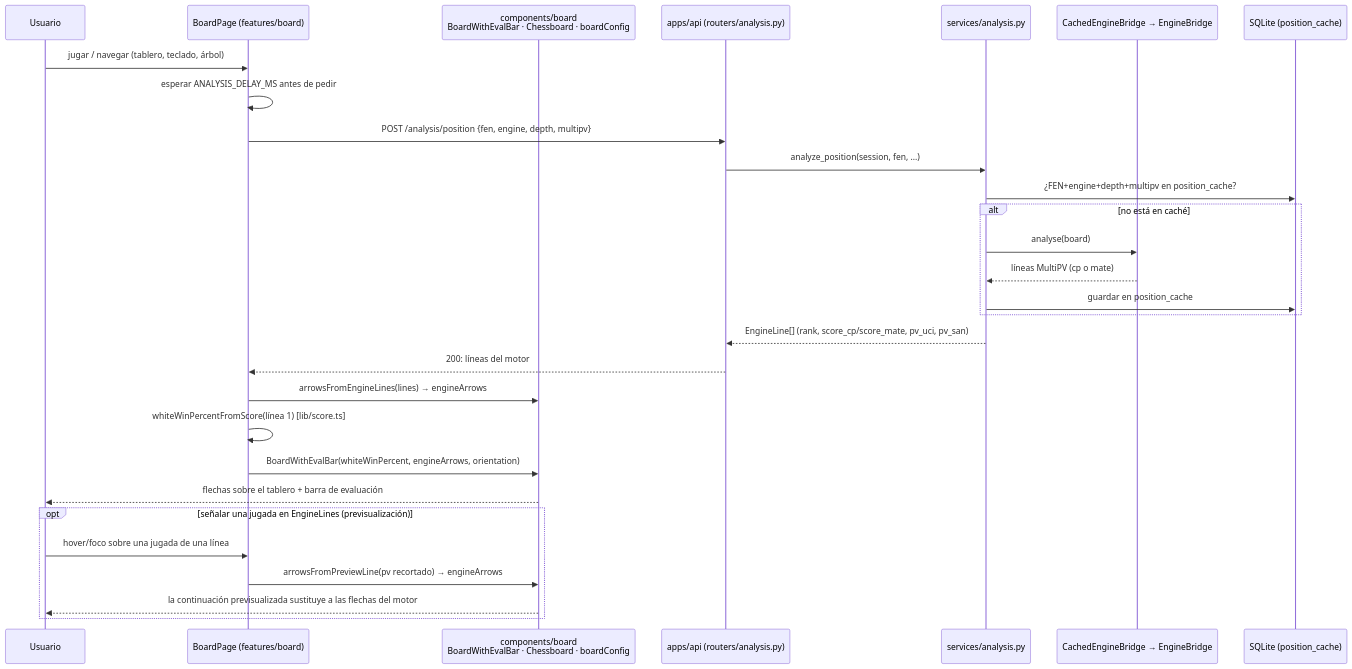
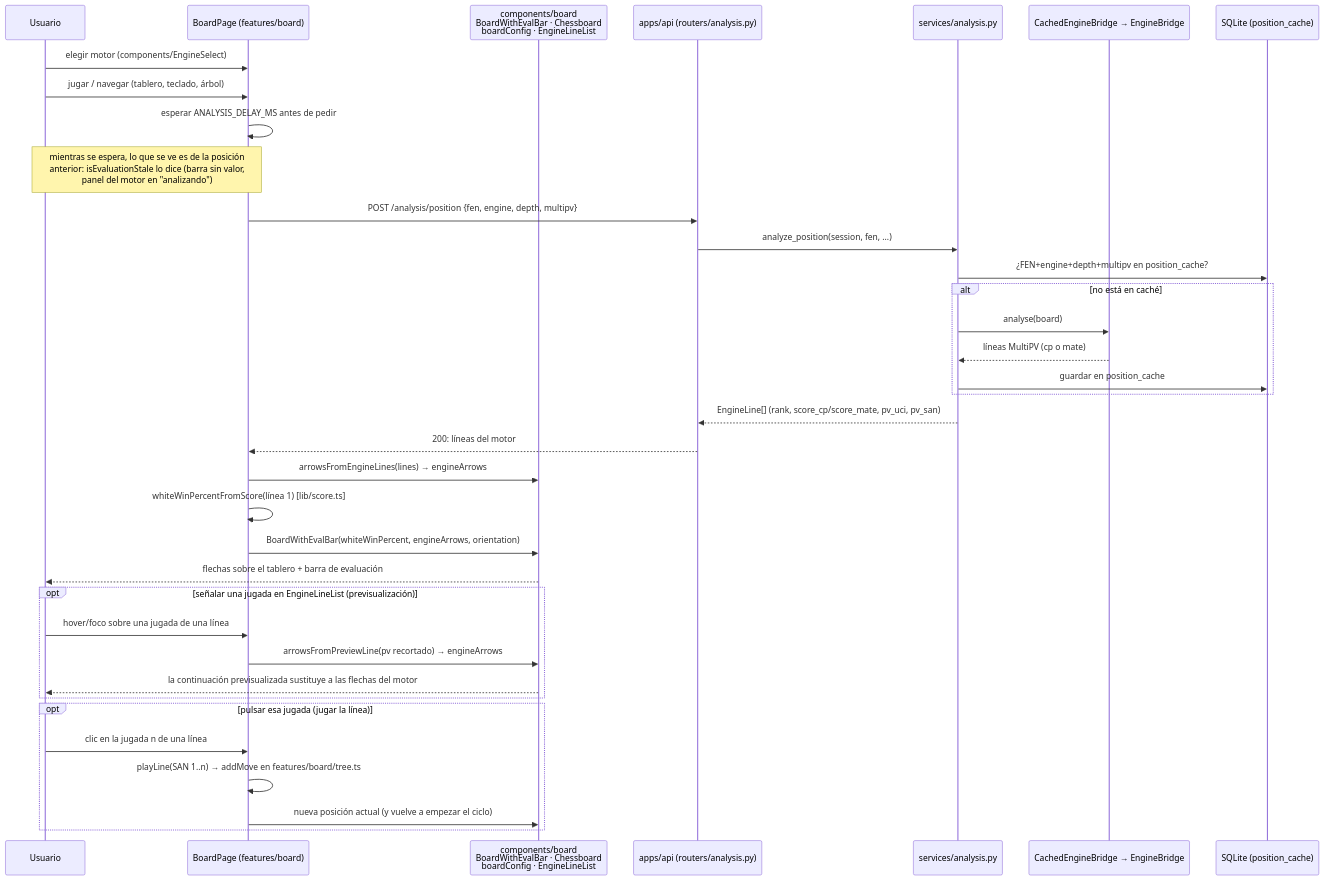
One commit to SirJsus/LUCIA changed the fifth of 6 diagrams in docs/06-mapa-del-proyecto.md. Above: the diagram before and after it, drawn with Mermaid. The commit also changed other lines of this file and 54 other files, not shown here.

````diff
--- a/docs/06-mapa-del-proyecto.md
+++ b/docs/06-mapa-del-proyecto.md
@@ -198,33 +205,41 @@
 ```mermaid
 sequenceDiagram
     participant U as Usuario
     participant B as BoardPage (features/board)
-    participant V as components/board<br/>BoardWithEvalBar · Chessboard · boardConfig
+    participant V as components/board<br/>BoardWithEvalBar · Chessboard<br/>boardConfig · EngineLineList
     participant A as apps/api (routers/analysis.py)
     participant S as services/analysis.py
     participant E as CachedEngineBridge → EngineBridge
     participant DB as SQLite (position_cache)
 
+    U->>B: elegir motor (components/EngineSelect)
     U->>B: jugar / navegar (tablero, teclado, árbol)
     B->>B: esperar ANALYSIS_DELAY_MS antes de pedir
+    Note over U,B: mientras se espera, lo que se ve es de la posición<br/>anterior: isEvaluationStale lo dice (barra sin valor,<br/>panel del motor en "analizando")
     B->>A: POST /analysis/position {fen, engine, depth, multipv}
     A->>S: analyze_position(session, fen, ...)
     S->>DB: ¿FEN+engine+depth+multipv en position_cache?
     alt no está en caché
         S->>E: analyse(board)
         E-->>S: líneas MultiPV (cp o mate)
         S->>DB: guardar en position_cache
     end
     S-->>A: EngineLine[] (rank, score_cp/score_mate, pv_uci, pv_san)
     A-->>B: 200: líneas del motor
     B->>V: arrowsFromEngineLines(lines) → engineArrows
     B->>B: whiteWinPercentFromScore(línea 1) [lib/score.ts]
     B->>V: BoardWithEvalBar(whiteWinPercent, engineArrows, orientation)
     V-->>U: flechas sobre el tablero + barra de evaluación
 
-    opt señalar una jugada en EngineLines (previsualización)
+    opt señalar una jugada en EngineLineList (previsualización)
         U->>B: hover/foco sobre una jugada de una línea
         B->>V: arrowsFromPreviewLine(pv recortado) → engineArrows
         V-->>U: la continuación previsualizada sustituye a las flechas del motor
     end
+
+    opt pulsar esa jugada (jugar la línea)
+        U->>B: clic en la jugada n de una línea
+        B->>B: playLine(SAN 1..n) → addMove en features/board/tree.ts
+        B->>V: nueva posición actual (y vuelve a empezar el ciclo)
+    end
 ```
````
